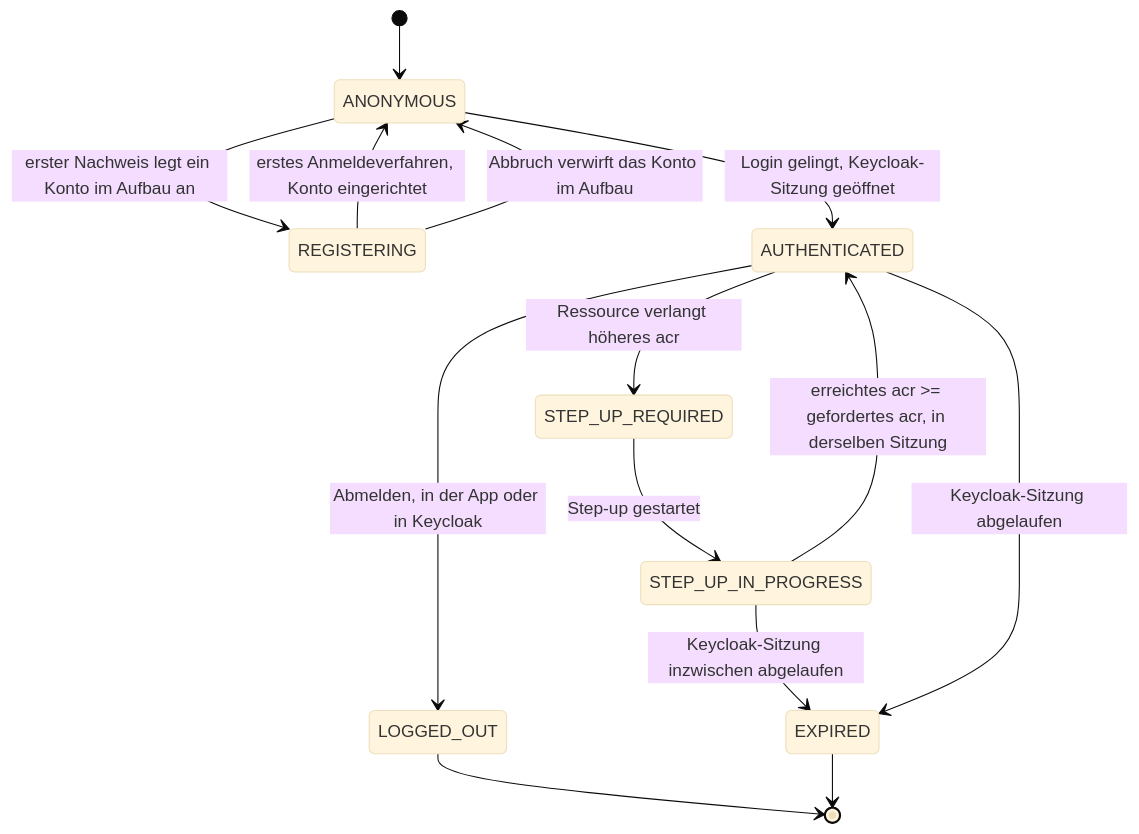
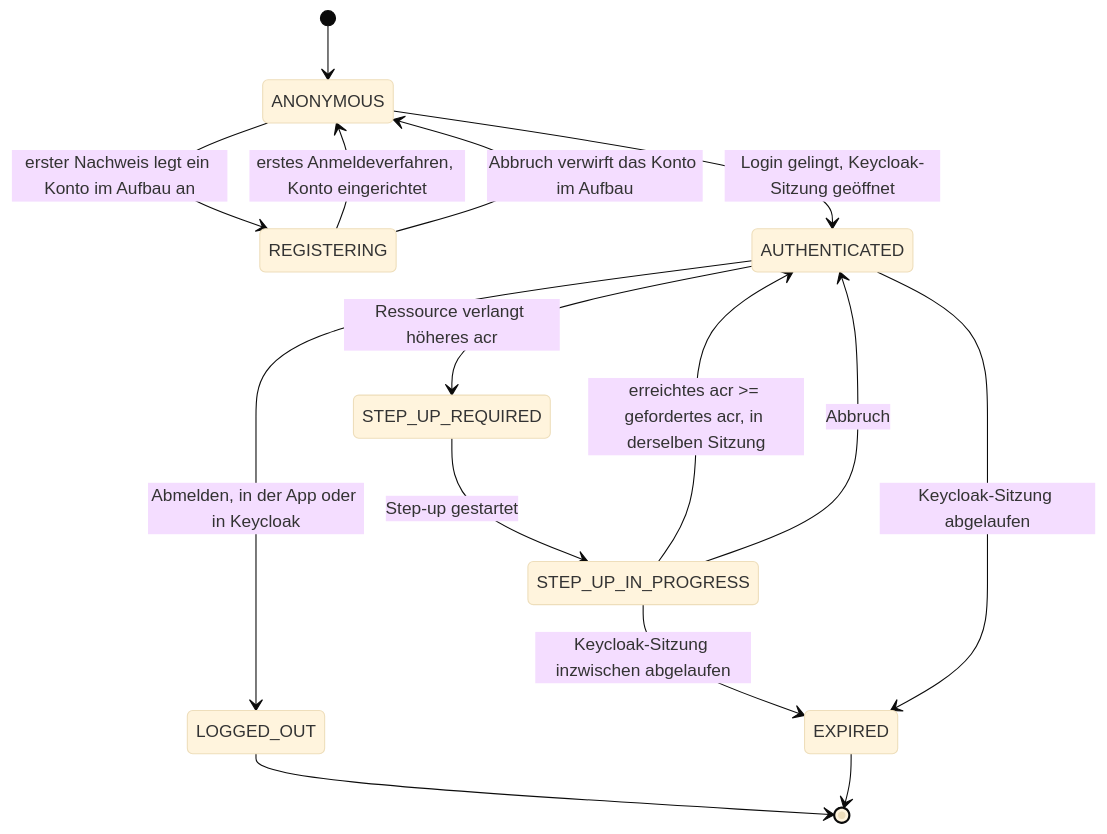
Before and after one commit to rpreissel/identity-demo: the second of 5 diagrams in docs/02-domaenenmodell.md, drawn with Mermaid (base theme). The commit also changed other lines of this file and 62 other files, not shown here.

````diff
--- a/docs/02-domaenenmodell.md
+++ b/docs/02-domaenenmodell.md
@@ -101,16 +101,17 @@
 ```mermaid
 stateDiagram-v2
   [*] --> ANONYMOUS
   ANONYMOUS --> REGISTERING: erster Nachweis legt ein Konto im Aufbau an
   ANONYMOUS --> AUTHENTICATED: Login gelingt, Keycloak-Sitzung geöffnet
   REGISTERING --> ANONYMOUS: erstes Anmeldeverfahren, Konto eingerichtet
   REGISTERING --> ANONYMOUS: Abbruch verwirft das Konto im Aufbau
   AUTHENTICATED --> STEP_UP_REQUIRED: Ressource verlangt höheres acr
   STEP_UP_REQUIRED --> STEP_UP_IN_PROGRESS: Step-up gestartet
   STEP_UP_IN_PROGRESS --> AUTHENTICATED: erreichtes acr >= gefordertes acr, in derselben Sitzung
+  STEP_UP_IN_PROGRESS --> AUTHENTICATED: Abbruch
   STEP_UP_IN_PROGRESS --> EXPIRED: Keycloak-Sitzung inzwischen abgelaufen
   AUTHENTICATED --> LOGGED_OUT: Abmelden, in der App oder in Keycloak
   AUTHENTICATED --> EXPIRED: Keycloak-Sitzung abgelaufen
   LOGGED_OUT --> [*]
   EXPIRED --> [*]
 ```
````
